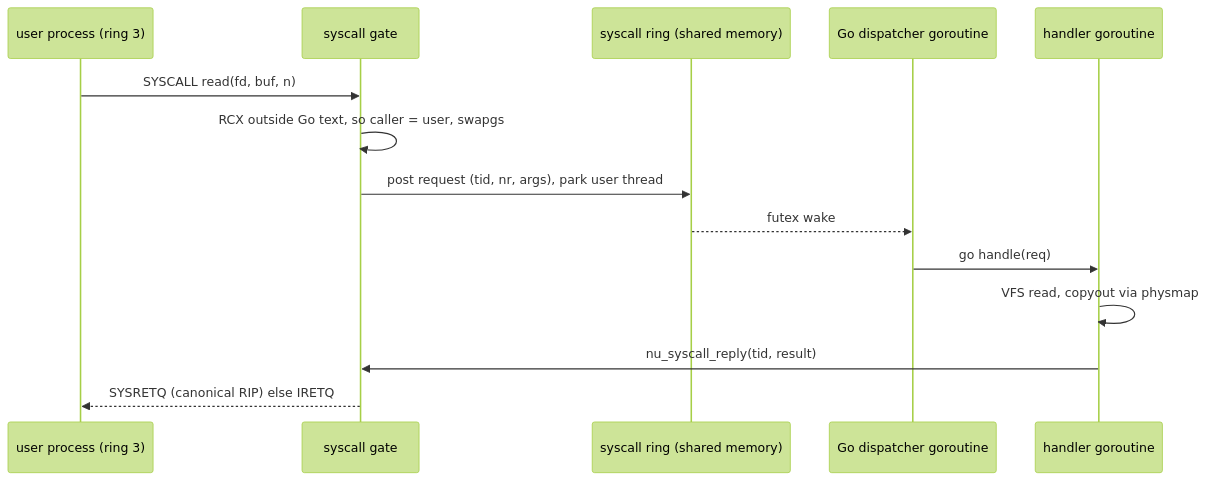
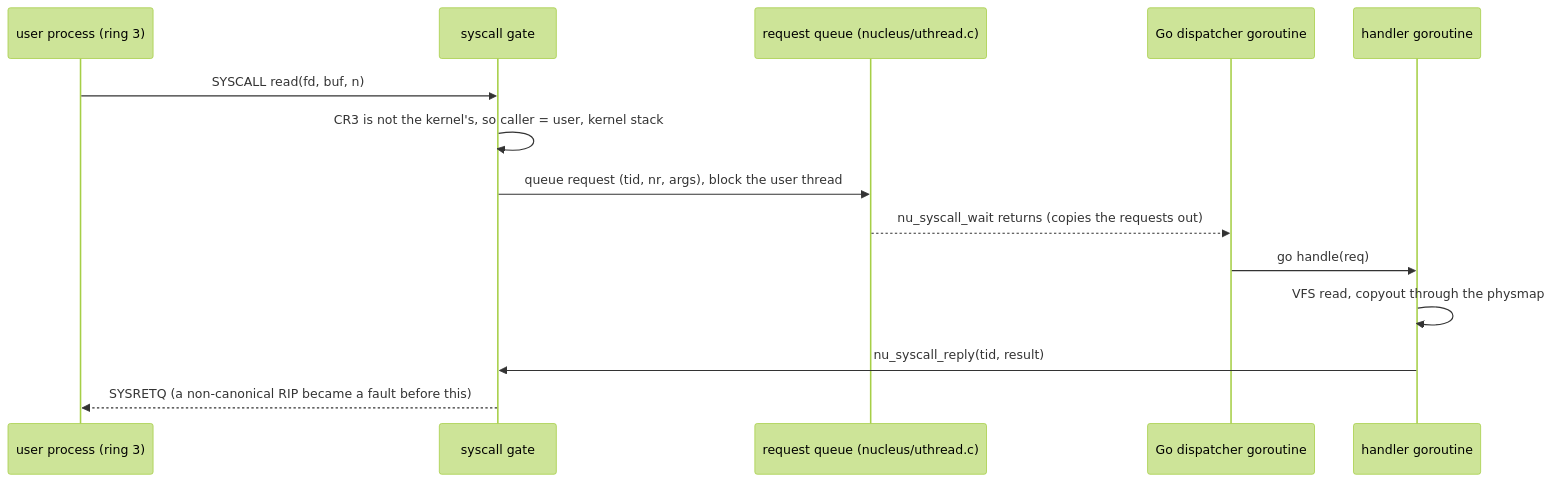
Before and after one commit to decagondev/burrow: the ninth of 10 diagrams in docs/02-architecture/ARCHITECTURE.md, drawn with Mermaid (forest theme). The commit also changed other lines of this file and 9 other files, not shown here.

````diff
--- a/docs/02-architecture/ARCHITECTURE.md
+++ b/docs/02-architecture/ARCHITECTURE.md
@@ -263,16 +263,16 @@
 ```mermaid
 sequenceDiagram
     participant P as user process (ring 3)
     participant GATE as syscall gate
-    participant RING as syscall ring (shared memory)
+    participant RING as request queue (nucleus/uthread.c)
     participant GD as Go dispatcher goroutine
     participant H as handler goroutine
     P->>GATE: SYSCALL read(fd, buf, n)
-    GATE->>GATE: RCX outside Go text, so caller = user, swapgs
-    GATE->>RING: post request (tid, nr, args), park user thread
-    RING-->>GD: futex wake
+    GATE->>GATE: CR3 is not the kernel's, so caller = user, kernel stack
+    GATE->>RING: queue request (tid, nr, args), block the user thread
+    RING-->>GD: nu_syscall_wait returns (copies the requests out)
     GD->>H: go handle(req)
-    H->>H: VFS read, copyout via physmap
+    H->>H: VFS read, copyout through the physmap
     H->>GATE: nu_syscall_reply(tid, result)
-    GATE-->>P: SYSRETQ (canonical RIP) else IRETQ
+    GATE-->>P: SYSRETQ (a non-canonical RIP became a fault before this)
 ```
````
